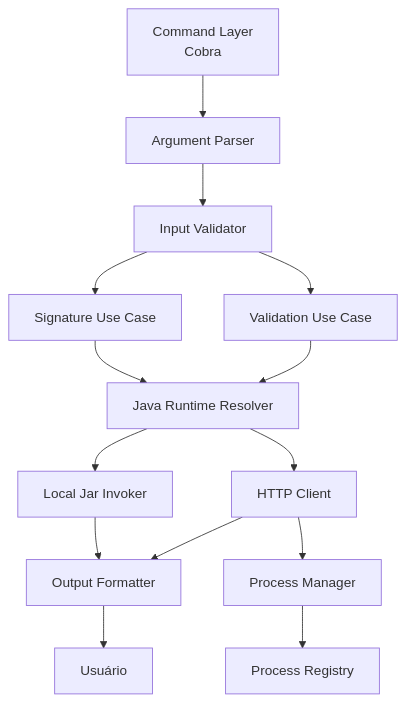
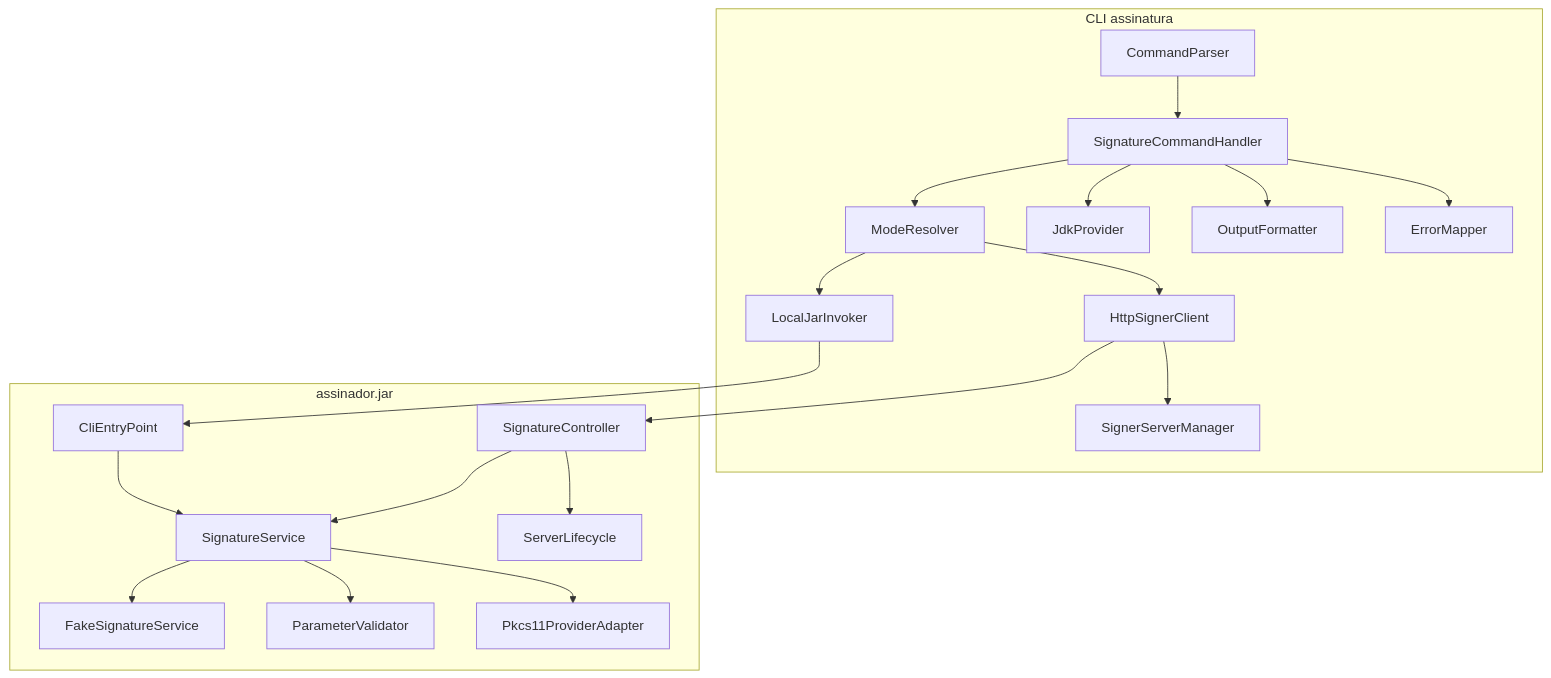
One commit to BarbaraNogueiraCS/runner changed the third of 4 diagrams in documentacaoArquitetura.md. Above: the diagram before and after it, drawn with Mermaid. The commit also changed other lines of this file and 4 other files, not shown here.

````diff
--- a/documentacaoArquitetura.md
+++ b/documentacaoArquitetura.md
@@ -571,16 +517,41 @@
 ```mermaid
 flowchart TB
-    CLI[Command Layer<br/>Cobra] --> Parser[Argument Parser]
-    Parser --> Validator[Input Validator]
-    Validator --> SignUC[Signature Use Case]
-    Validator --> ValidateUC[Validation Use Case]
-    SignUC --> Resolver[Java Runtime Resolver]
-    ValidateUC --> Resolver
-    Resolver --> LocalInvoker[Local Jar Invoker]
-    Resolver --> HttpClient[HTTP Client]
-    HttpClient --> ProcessManager[Process Manager]
-    ProcessManager --> Registry[Process Registry]
-    LocalInvoker --> Formatter[Output Formatter]
-    HttpClient --> Formatter
-    Formatter --> User[Usuário]
+    subgraph CLI_ASSINATURA[CLI assinatura]
+        CP[CommandParser]
+        SCH[SignatureCommandHandler]
+        MR[ModeResolver]
+        LJI[LocalJarInvoker]
+        HSC[HttpSignerClient]
+        SSM[SignerServerManager]
+        JDK[JdkProvider]
+        OF[OutputFormatter]
+        EM[ErrorMapper]
+    end
+
+    subgraph ASSINADOR[assinador.jar]
+        CEP[CliEntryPoint]
+        SC[SignatureController]
+        SS[SignatureService]
+        FS[FakeSignatureService]
+        PV[ParameterValidator]
+        P11[Pkcs11ProviderAdapter]
+        SL[ServerLifecycle]
+    end
+
+    CP --> SCH
+    SCH --> MR
+    MR --> LJI
+    MR --> HSC
+    SCH --> JDK
+    HSC --> SSM
+    LJI --> CEP
+    HSC --> SC
+    CEP --> SS
+    SC --> SS
+    SS --> PV
+    SS --> FS
+    SS --> P11
+    SC --> SL
+    SCH --> OF
+    SCH --> EM
 ```
````
